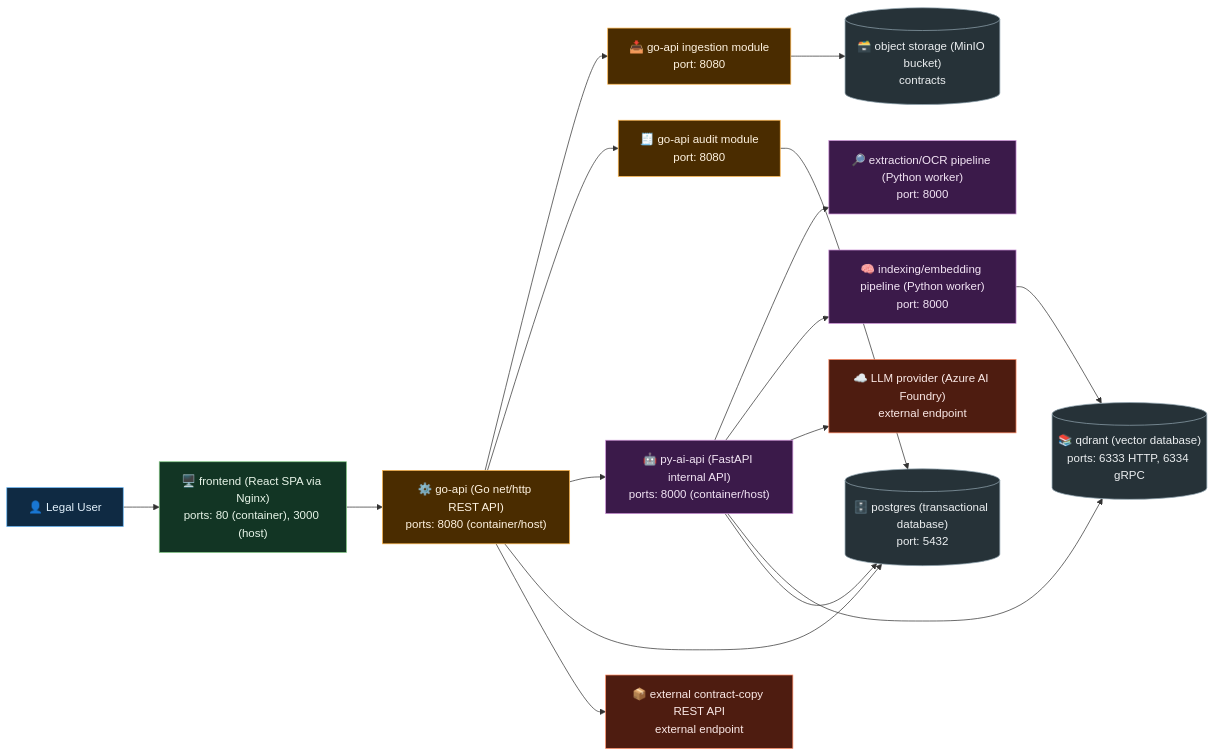
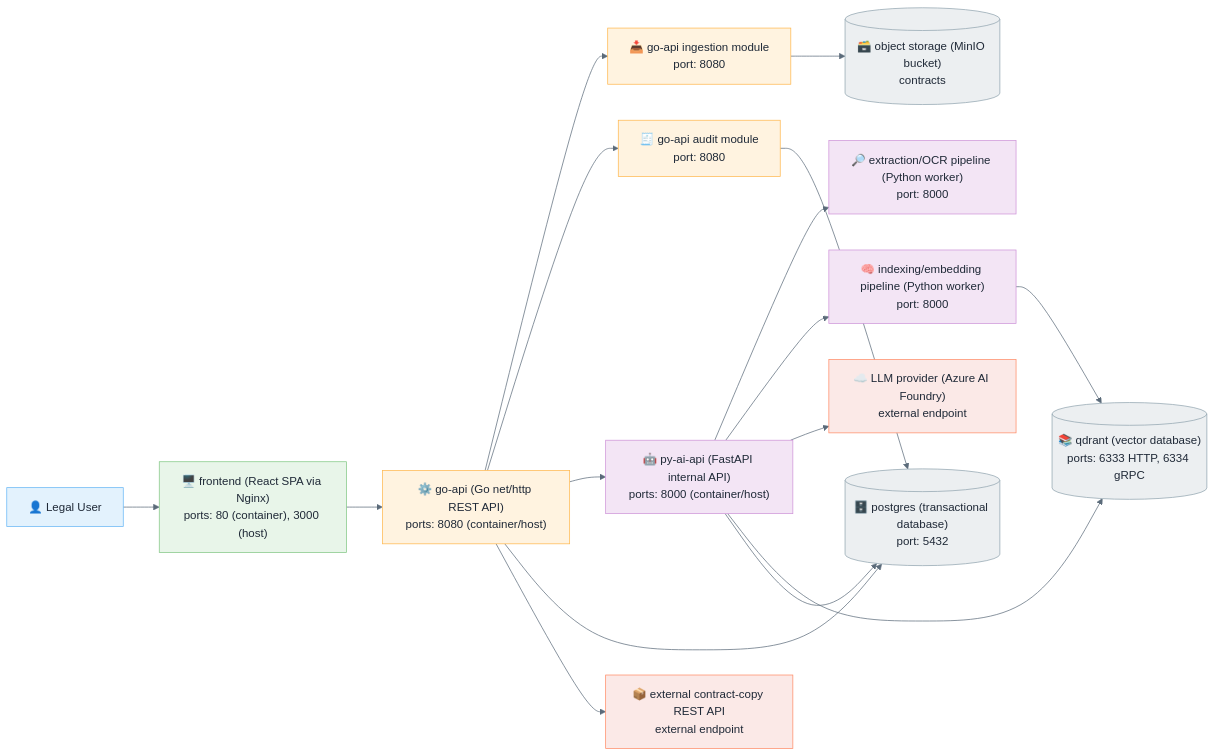
One commit to toswari/intellegal changed the first of 3 diagrams in README.md. Above: the diagram before and after it, drawn with Mermaid. The commit also changed other lines of this file, not shown here.

Commit message:
style: update Mermaid diagram themes and color schemes in README for improved readability

````diff
--- a/README.md
+++ b/README.md
@@ -128,37 +128,38 @@
 ```mermaid
+%%{init: {'theme': 'base', 'themeVariables': { 'primaryTextColor': '#1F2937', 'lineColor': '#5B6B7A', 'fontFamily': 'Inter, Segoe UI, sans-serif' }}}%%
 flowchart LR
     U["👤 Legal User"] --> FE["🖥️ frontend (React SPA via Nginx)<br/>ports: 80 (container), 3000 (host)"]
     FE --> GO["⚙️ go-api (Go net/http REST API)<br/>ports: 8080 (container/host)"]
 
     GO --> ING["📥 go-api ingestion module<br/>port: 8080"]
     GO --> AUD["🧾 go-api audit module<br/>port: 8080"]
     GO --> PAI["🤖 py-ai-api (FastAPI internal API)<br/>ports: 8000 (container/host)"]
 
     PAI --> EXT["🔎 extraction/OCR pipeline (Python worker)<br/>port: 8000"]
     PAI --> IDX["🧠 indexing/embedding pipeline (Python worker)<br/>port: 8000"]
 
     IDX --> VDB[("📚 qdrant (vector database)<br/>ports: 6333 HTTP, 6334 gRPC")]
     GO --> RDB[("🗄️ postgres (transactional database)<br/>port: 5432")]
     ING --> OBJ[("🗃️ object storage (MinIO bucket)<br/>contracts")]
 
     PAI --> LLM["☁️ LLM provider (Azure AI Foundry)<br/>external endpoint"]
     PAI --> VDB
     PAI --> RDB
 
     GO --> COPY["📦 external contract-copy REST API<br/>external endpoint"]
     AUD --> RDB
 
-    classDef user fill:#0F2A43,stroke:#64B5F6,color:#E3F2FD,stroke-width:1px;
-    classDef frontend fill:#123524,stroke:#81C784,color:#E8F5E9,stroke-width:1px;
-    classDef api fill:#4A2C00,stroke:#FFB74D,color:#FFF3E0,stroke-width:1px;
-    classDef worker fill:#3B1A4A,stroke:#CE93D8,color:#F3E5F5,stroke-width:1px;
-    classDef data fill:#263238,stroke:#90A4AE,color:#ECEFF1,stroke-width:1px;
-    classDef external fill:#4E1C10,stroke:#FF8A65,color:#FBE9E7,stroke-width:1px;
+    classDef user fill:#E3F2FD,stroke:#64B5F6,color:#1F2937,stroke-width:1px;
+    classDef frontend fill:#E8F5E9,stroke:#81C784,color:#1F2937,stroke-width:1px;
+    classDef api fill:#FFF3E0,stroke:#FFB74D,color:#1F2937,stroke-width:1px;
+    classDef worker fill:#F3E5F5,stroke:#CE93D8,color:#1F2937,stroke-width:1px;
+    classDef data fill:#ECEFF1,stroke:#90A4AE,color:#1F2937,stroke-width:1px;
+    classDef external fill:#FBE9E7,stroke:#FF8A65,color:#1F2937,stroke-width:1px;
 
     class U user;
     class FE frontend;
     class GO,ING,AUD api;
     class PAI,EXT,IDX worker;
     class VDB,RDB,OBJ data;
     class LLM,COPY external;
 ```
````
